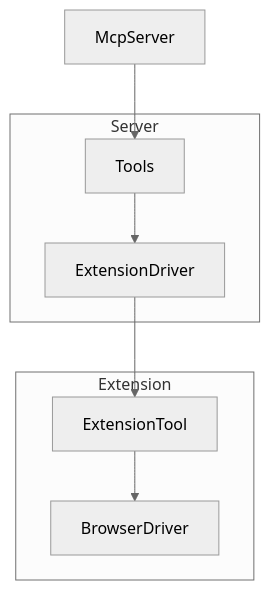
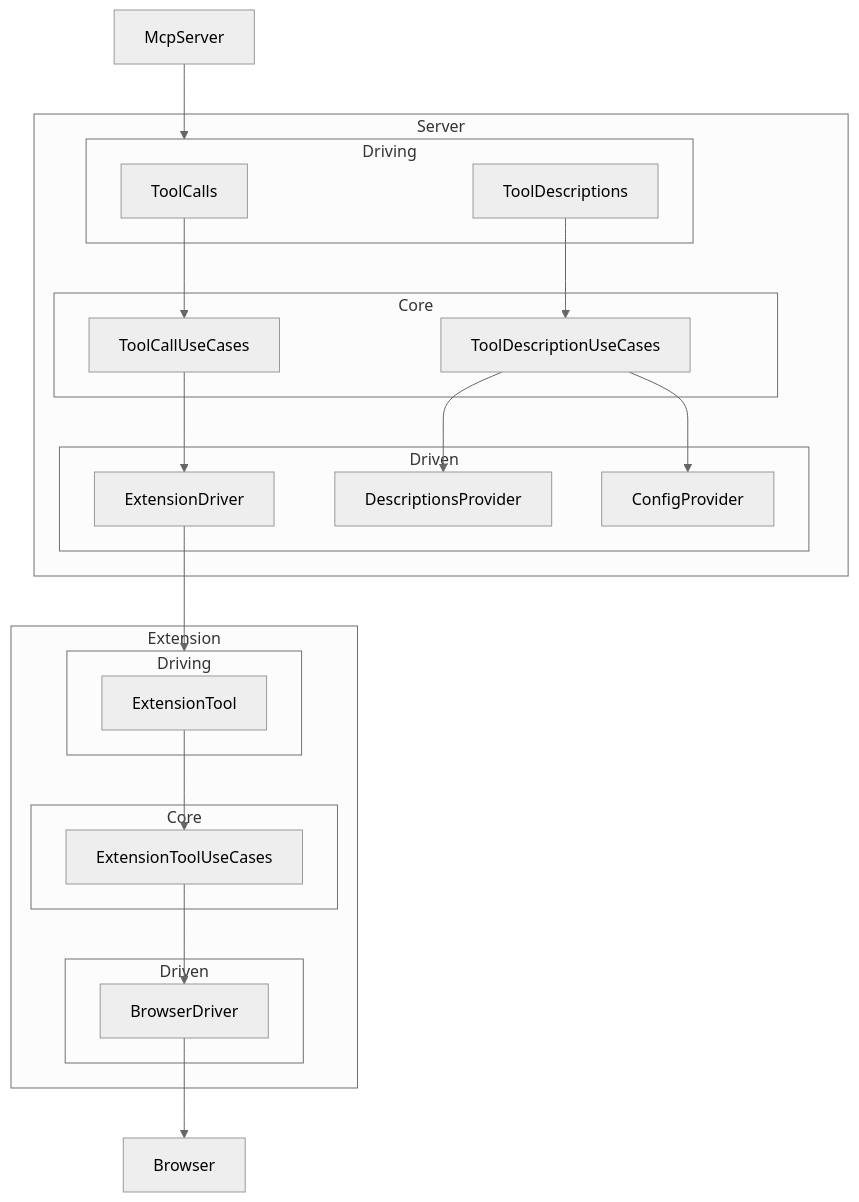
One commit to ndthanhdev/mcp-browser-kit changed the first of 2 diagrams in docs/architecture.md. Above: the diagram before and after it, drawn with Mermaid (neutral theme).

Commit message:
refactor: improve architecture diagram structure and clarity

````diff
--- a/docs/architecture.md
+++ b/docs/architecture.md
@@ -6,20 +6,51 @@
 ```mermaid
 flowchart TD
   McpServer
+
   subgraph Server
-    Tools
-    ExtensionDriver
+    subgraph ServerDriving["Driving"]
+      ToolCalls 
+      ToolDescriptions
+    end
+    subgraph ServerCore["Core"]
+      ToolCallUseCases
+      ToolDescriptionUseCases
+    end
 
-    Tools--> ExtensionDriver
+    
+    subgraph ServerDriven["Driven"]
+      ExtensionDriver
+      DescriptionsProvider
+      ConfigProvider["ConfigProvider"]
+    end
+
+    ToolCalls --> ToolCallUseCases
+    ToolCallUseCases --> ExtensionDriver
+    ToolDescriptions --> ToolDescriptionUseCases
+    ToolDescriptionUseCases --> DescriptionsProvider
+    ToolDescriptionUseCases --> ConfigProvider
   end
 
-  McpServer-->Tools
+  McpServer-->ServerDriving
 
   subgraph Extension
-    ExtensionTool
-    BrowserDriver
+    subgraph ExtensionDriving["Driving"]
+      ExtensionTool
+    end
 
-    ExtensionTool--> BrowserDriver
+    subgraph ExtensionCore["Core"]
+      ExtensionToolUseCases
+    end
+    subgraph ExtensionDriven["Driven"]
+      BrowserDriver
+    end
+
+    ExtensionTool --> ExtensionToolUseCases
+    ExtensionToolUseCases -->BrowserDriver
   end
-  ExtensionDriver --> ExtensionTool
+
+  Browser
+
+  ExtensionDriver --> ExtensionDriving
+  BrowserDriver --> Browser
 ```
````
